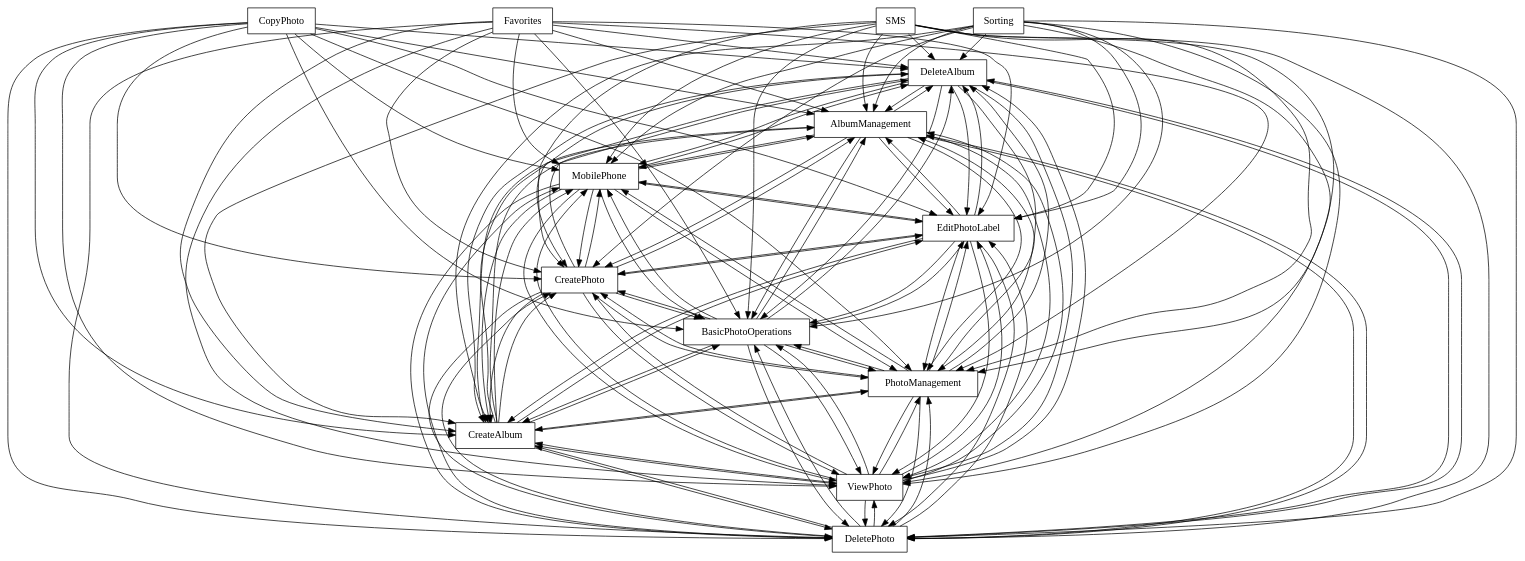
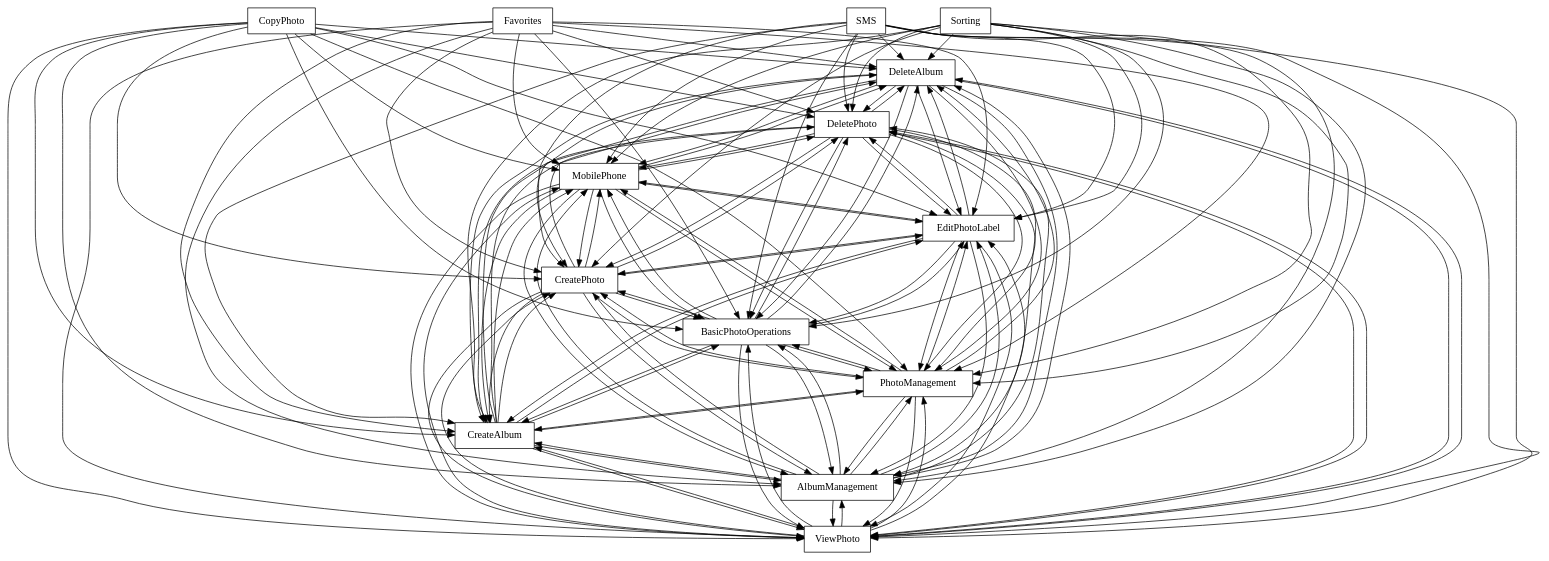
The diagram in FAMILIAR/output/SPLOT-big/fm_86_model_20110525_928187171.xml.dot (FAMILIAR-project/familiar-language), drawn with Graphviz before and after one commit. The commit also changed 172 other files, not shown here.

```diff
--- a/FAMILIAR/output/SPLOT-big/fm_86_model_20110525_928187171.xml.dot
+++ b/FAMILIAR/output/SPLOT-big/fm_86_model_20110525_928187171.xml.dot
@@ -1,149 +1,149 @@
 digraph{
 graph [rankdir=TB];
 node [shape=box];
 edge [arrowhead=normal];
 0[label="DeleteAlbum",]
-1[label="AlbumManagement",]
-2[label="DeletePhoto",]
-3[label="ViewPhoto",]
+1[label="DeletePhoto",]
+2[label="ViewPhoto",]
+3[label="AlbumManagement",]
 4[label="CopyPhoto",]
 5[label="Favorites",]
 6[label="CreateAlbum",]
 7[label="PhotoManagement",]
 8[label="BasicPhotoOperations",]
 9[label="CreatePhoto",]
 10[label="Sorting",]
 11[label="EditPhotoLabel",]
 12[label="MobilePhone",]
 13[label="SMS",]
 0->1[label="",]
 0->2[label="",]
 0->3[label="",]
 0->6[label="",]
 0->7[label="",]
 0->8[label="",]
 0->9[label="",]
 0->11[label="",]
 0->12[label="",]
 1->0[label="",]
 1->2[label="",]
 1->3[label="",]
 1->6[label="",]
 1->7[label="",]
 1->8[label="",]
 1->9[label="",]
 1->11[label="",]
 1->12[label="",]
 2->0[label="",]
 2->1[label="",]
 2->3[label="",]
 2->6[label="",]
 2->7[label="",]
 2->8[label="",]
 2->9[label="",]
 2->11[label="",]
 2->12[label="",]
 3->0[label="",]
 3->1[label="",]
 3->2[label="",]
 3->6[label="",]
 3->7[label="",]
 3->8[label="",]
 3->9[label="",]
 3->11[label="",]
 3->12[label="",]
 4->0[label="",]
 4->1[label="",]
 4->2[label="",]
 4->3[label="",]
 4->6[label="",]
 4->7[label="",]
 4->8[label="",]
 4->9[label="",]
 4->11[label="",]
 4->12[label="",]
 5->0[label="",]
 5->1[label="",]
 5->2[label="",]
 5->3[label="",]
 5->6[label="",]
 5->7[label="",]
 5->8[label="",]
 5->9[label="",]
 5->11[label="",]
 5->12[label="",]
 6->0[label="",]
 6->1[label="",]
 6->2[label="",]
 6->3[label="",]
 6->7[label="",]
 6->8[label="",]
 6->9[label="",]
 6->11[label="",]
 6->12[label="",]
 7->0[label="",]
 7->1[label="",]
 7->2[label="",]
 7->3[label="",]
 7->6[label="",]
 7->8[label="",]
 7->9[label="",]
 7->11[label="",]
 7->12[label="",]
 8->0[label="",]
 8->1[label="",]
 8->2[label="",]
 8->3[label="",]
 8->6[label="",]
 8->7[label="",]
 8->9[label="",]
 8->11[label="",]
 8->12[label="",]
 9->0[label="",]
 9->1[label="",]
 9->2[label="",]
 9->3[label="",]
 9->6[label="",]
 9->7[label="",]
 9->8[label="",]
 9->11[label="",]
 9->12[label="",]
 10->0[label="",]
 10->1[label="",]
 10->2[label="",]
 10->3[label="",]
 10->6[label="",]
 10->7[label="",]
 10->8[label="",]
 10->9[label="",]
 10->11[label="",]
 10->12[label="",]
 11->0[label="",]
 11->1[label="",]
 11->2[label="",]
 11->3[label="",]
 11->6[label="",]
 11->7[label="",]
 11->8[label="",]
 11->9[label="",]
 11->12[label="",]
 12->0[label="",]
 12->1[label="",]
 12->2[label="",]
 12->3[label="",]
 12->6[label="",]
 12->7[label="",]
 12->8[label="",]
 12->9[label="",]
 12->11[label="",]
 13->0[label="",]
 13->1[label="",]
 13->2[label="",]
 13->3[label="",]
 13->6[label="",]
 13->7[label="",]
 13->8[label="",]
 13->9[label="",]
 13->11[label="",]
 13->12[label="",]
 }
```
